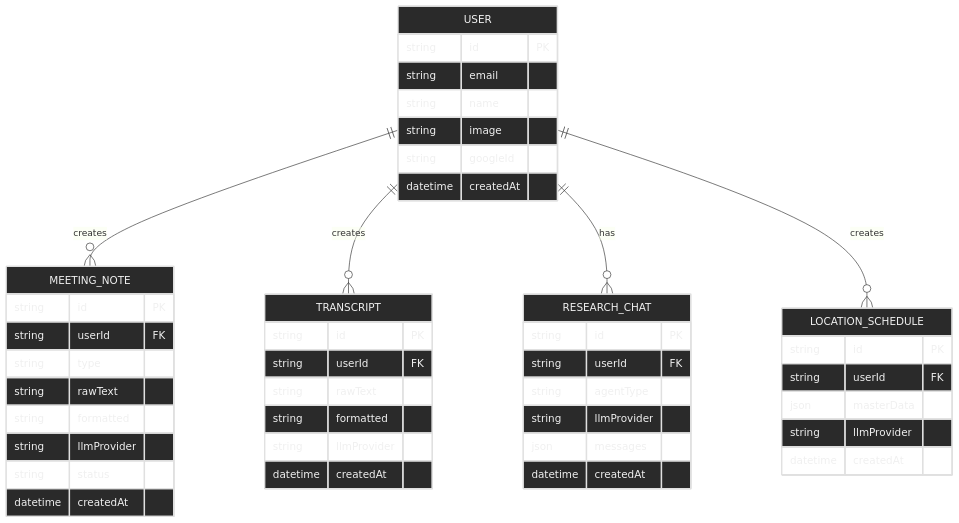
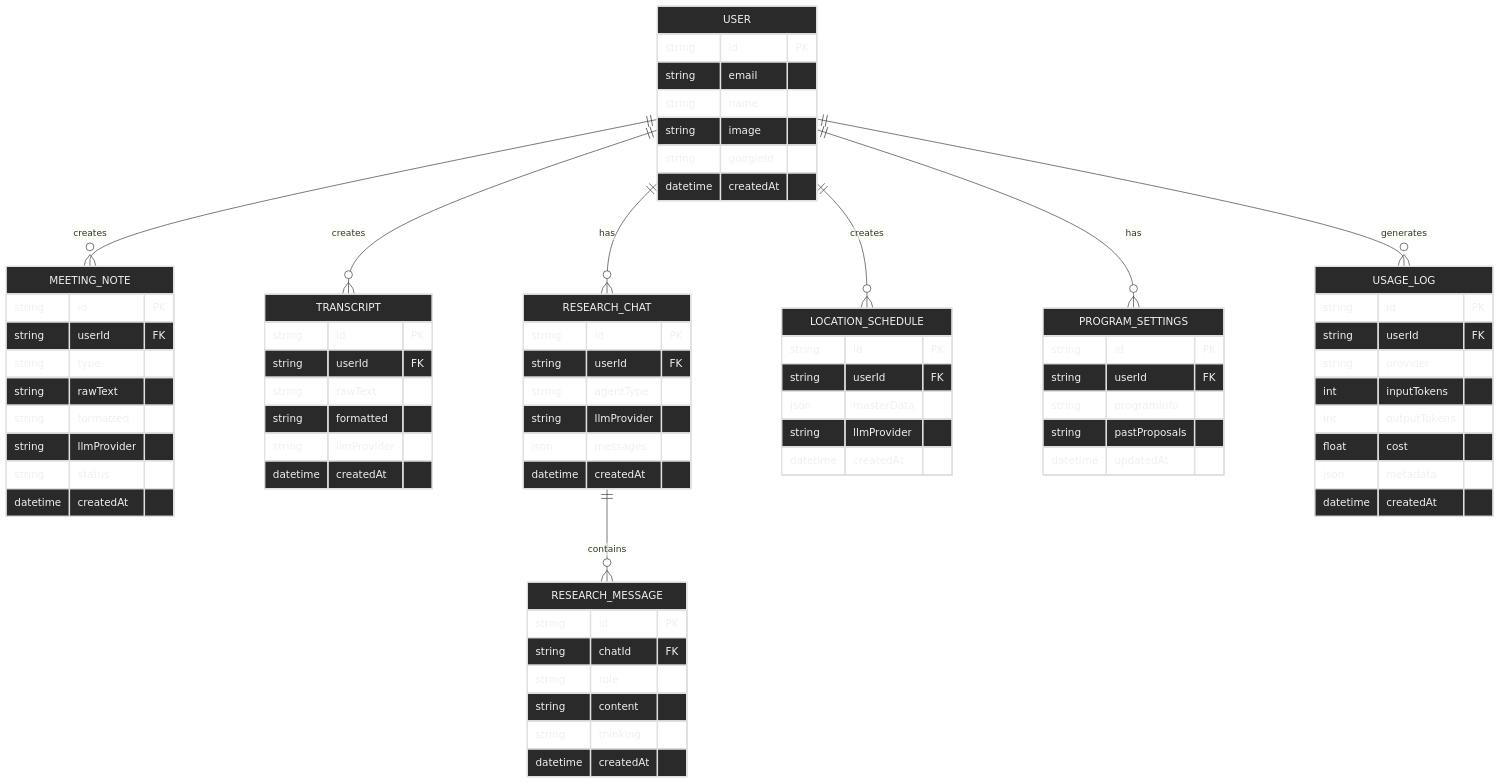
One commit to langcore-org/united-productions-web changed the third of 7 diagrams in docs/ARCHITECTURE.md. Above: the diagram before and after it, drawn with Mermaid. The commit also changed other lines of this file and 4 other files, not shown here.

````diff
--- a/docs/ARCHITECTURE.md
+++ b/docs/ARCHITECTURE.md
@@ -231,6 +328,15 @@
         datetime createdAt
     }
     
+    RESEARCH_MESSAGE {
+        string id PK
+        string chatId FK
+        string role
+        string content
+        string thinking
+        datetime createdAt
+    }
+    
     LOCATION_SCHEDULE {
         string id PK
         string userId FK
@@ -239,12 +345,34 @@
         datetime createdAt
     }
     
+    PROGRAM_SETTINGS {
+        string id PK
+        string userId FK
+        string programInfo
+        string pastProposals
+        datetime updatedAt
+    }
+    
+    USAGE_LOG {
+        string id PK
+        string userId FK
+        string provider
+        int inputTokens
+        int outputTokens
+        float cost
+        json metadata
+        datetime createdAt
+    }
+    
     USER ||--o{ MEETING_NOTE : "creates"
     USER ||--o{ TRANSCRIPT : "creates"
     USER ||--o{ RESEARCH_CHAT : "has"
     USER ||--o{ LOCATION_SCHEDULE : "creates"
+    USER ||--o{ PROGRAM_SETTINGS : "has"
+    USER ||--o{ USAGE_LOG : "generates"
+    RESEARCH_CHAT ||--o{ RESEARCH_MESSAGE : "contains"
 
     %% スタイリング - モノトーン
     classDef entity fill:#2a2a2a,stroke:#e0e0e0,stroke-width:2px,color:#f0f0f0
-    class USER,MEETING_NOTE,TRANSCRIPT,RESEARCH_CHAT,LOCATION_SCHEDULE entity
+    class USER,MEETING_NOTE,TRANSCRIPT,RESEARCH_CHAT,RESEARCH_MESSAGE,LOCATION_SCHEDULE,PROGRAM_SETTINGS,USAGE_LOG entity
 ```
````
